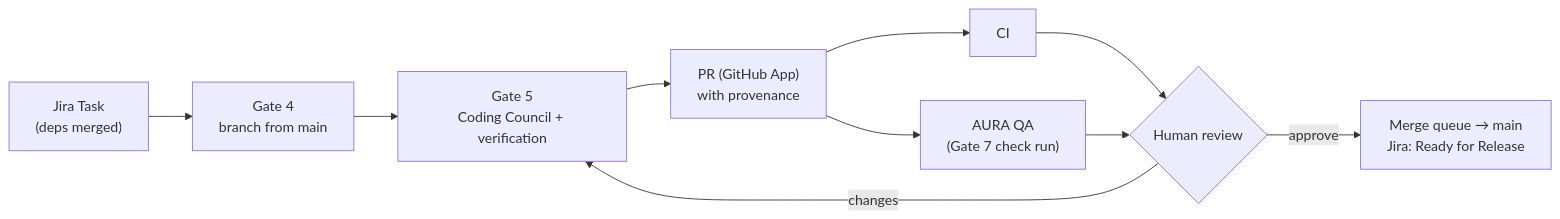
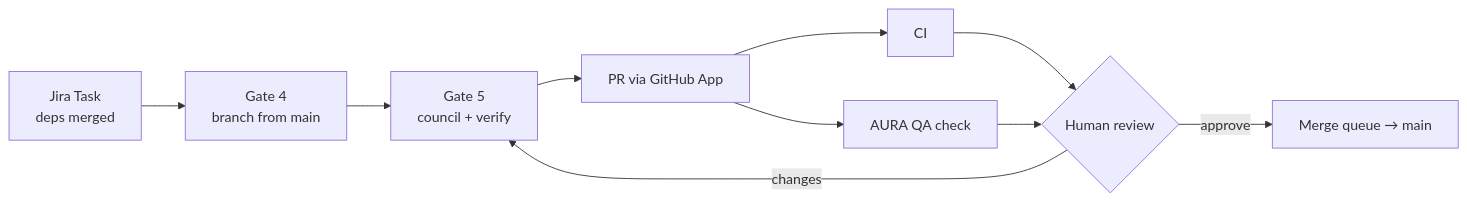
Before and after one commit to HasithaErandika/aura: the diagram in docs/adr/0003-git-workflow.md, drawn with Mermaid. The commit also changed other lines of this file and 19 other files, not shown here.

````diff
--- a/docs/adr/0003-git-workflow.md
+++ b/docs/adr/0003-git-workflow.md
@@ -43,11 +33,12 @@
 ```mermaid
 flowchart LR
-    T["Jira Task<br/>(deps merged)"] --> B["Gate 4<br/>branch from main"]
-    B --> C["Gate 5<br/>Coding Council + verification"]
-    C --> PR["PR (GitHub App)<br/>with provenance"]
-    PR --> CI["CI"] & QA["AURA QA<br/>(Gate 7 check run)"]
+    T["Jira Task<br/>deps merged"] --> B["Gate 4<br/>branch from main"]
+    B --> C["Gate 5<br/>council + verify"]
+    C --> PR["PR via GitHub App"]
+    PR --> CI["CI"]
+    PR --> QA["AURA QA check"]
     CI --> R{"Human review"}
     QA --> R
-    R -- "approve" --> M["Merge queue → main<br/>Jira: Ready for Release"]
-    R -- "changes" --> C
+    R -- approve --> M["Merge queue → main"]
+    R -- changes --> C
 ```
````
